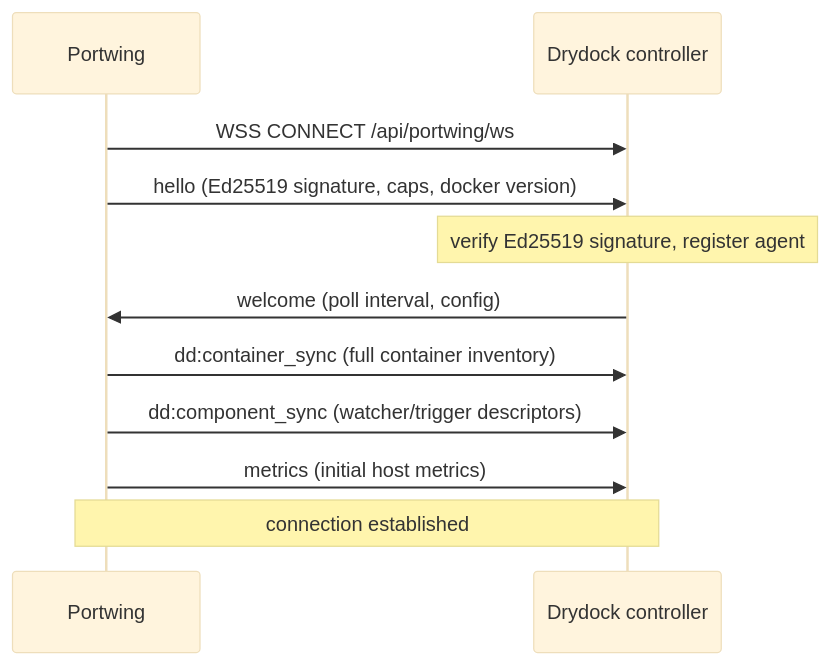
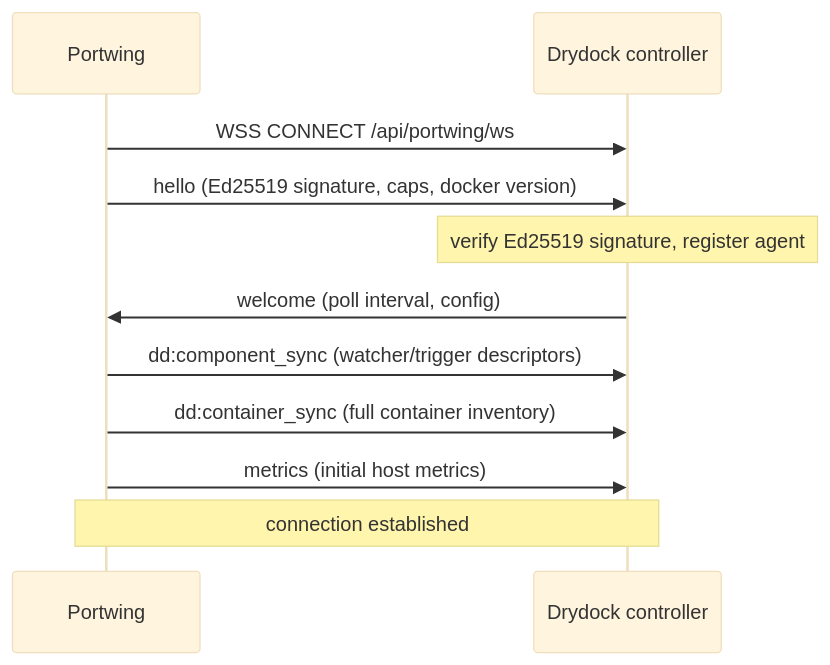
Before and after one commit to CodesWhat/portwing: the second of 3 diagrams in SPEC.md, drawn with Mermaid (base theme). The commit also changed other lines of this file and 72 other files, not shown here.

````diff
--- a/SPEC.md
+++ b/SPEC.md
@@ -66,13 +67,13 @@
 ```mermaid
 sequenceDiagram
     participant L as Portwing
     participant D as Drydock controller
     L->>D: WSS CONNECT /api/portwing/ws
     L->>D: hello (Ed25519 signature, caps, docker version)
     Note over D: verify Ed25519 signature, register agent
     D->>L: welcome (poll interval, config)
+    L->>D: dd:component_sync (watcher/trigger descriptors)
     L->>D: dd:container_sync (full container inventory)
-    L->>D: dd:component_sync (watcher/trigger descriptors)
     L->>D: metrics (initial host metrics)
     Note over L,D: connection established
 ```
````
